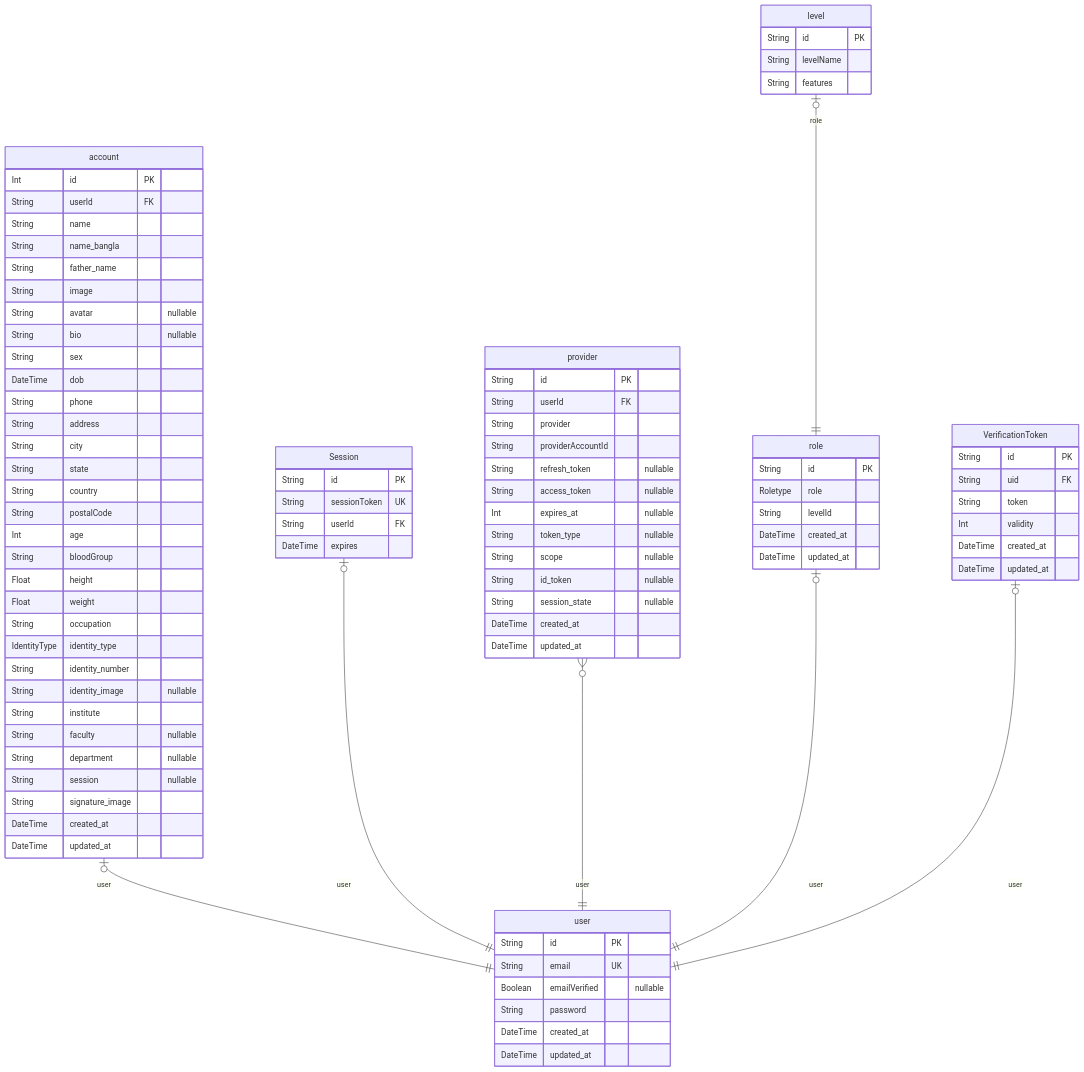
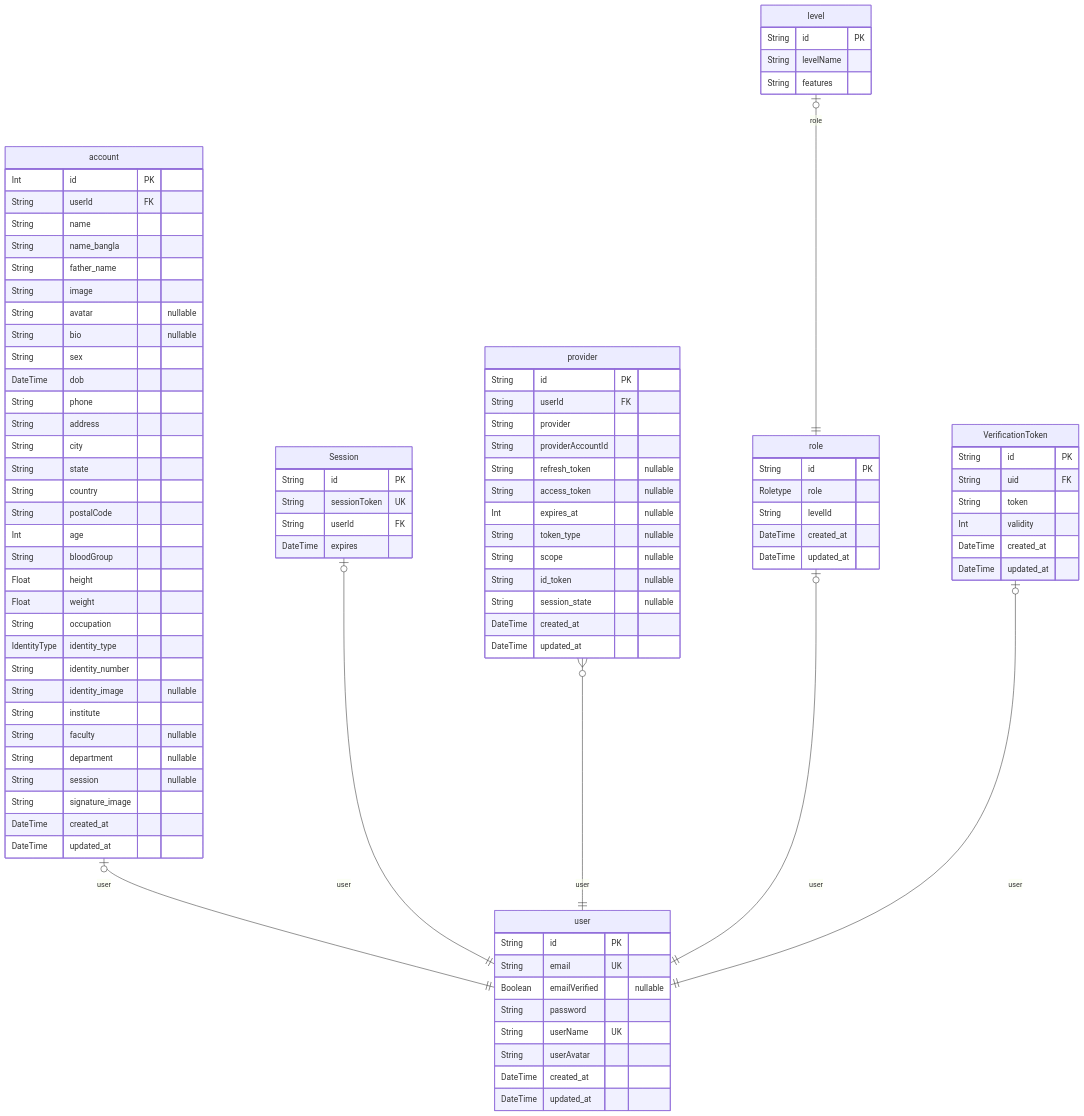
Before and after one commit to Hstu-dojo/HKDOfficial: the diagram in public/erd/ERD.md, drawn with Mermaid. The commit also changed other lines of this file and 6 other files, not shown here.

```diff
--- a/public/erd/ERD.md
+++ b/public/erd/ERD.md
@@ -50,6 +50,8 @@
     String email UK
     Boolean emailVerified "nullable"
     String password
+    String userName UK
+    String userAvatar
     DateTime created_at
     DateTime updated_at
 }
```
